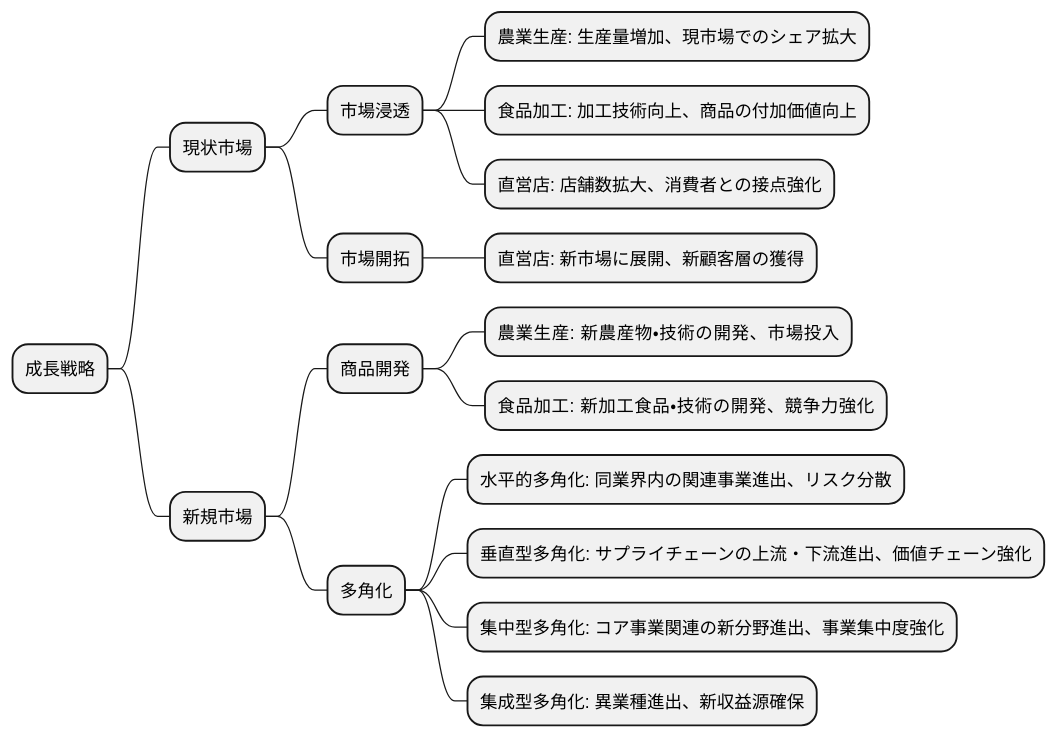
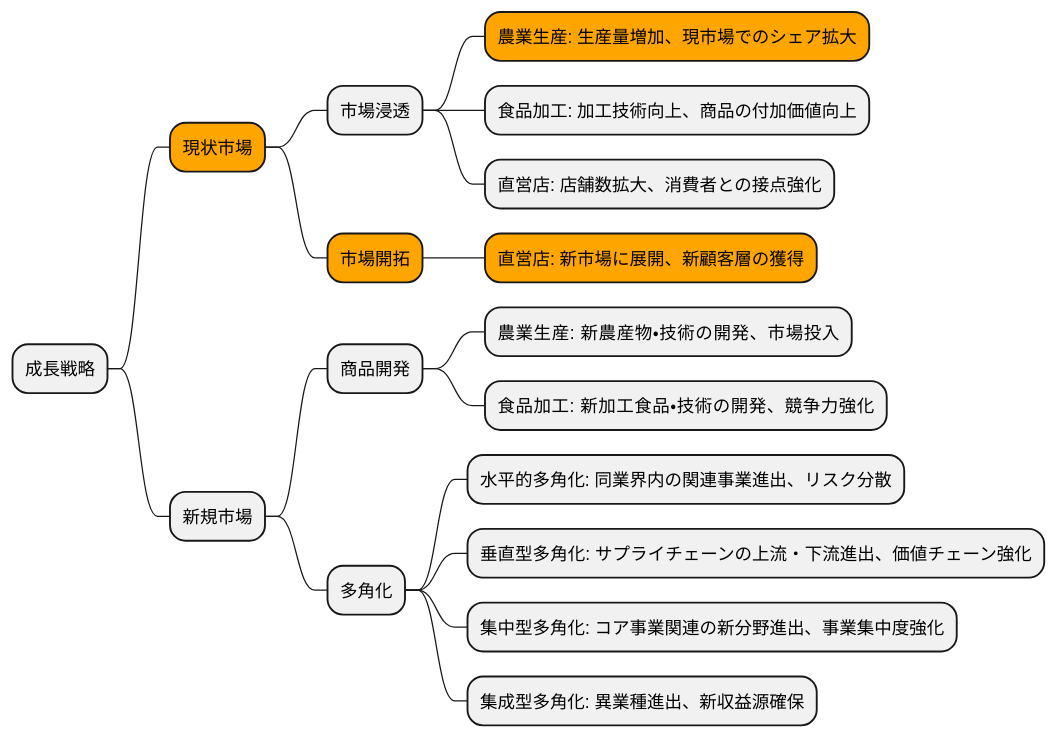
The fifth of 15 diagrams in docs/case/r04_case_1.adoc (k2works/case-sutudy-business-analysis), drawn with PlantUML before and after one commit. The commit also changed other lines of this file, not shown here.

```diff
--- a/docs/case/r04_case_1.adoc
+++ b/docs/case/r04_case_1.adoc
@@ -263,22 +268,22 @@
 [plantuml]
 ----
 @startmindmap
 * 成長戦略
-** 現状市場
+**[#orange] 現状市場
 *** 市場浸透
-**** 農業生産: 生産量増加、現市場でのシェア拡大
+****[#orange] 農業生産: 生産量増加、現市場でのシェア拡大
 **** 食品加工: 加工技術向上、商品の付加価値向上
 **** 直営店: 店舗数拡大、消費者との接点強化
-*** 市場開拓
-**** 直営店: 新市場に展開、新顧客層の獲得
+***[#orange] 市場開拓
+****[#orange] 直営店: 新市場に展開、新顧客層の獲得
 ** 新規市場
 *** 商品開発
 **** 農業生産: 新農産物・技術の開発、市場投入
 **** 食品加工: 新加工食品・技術の開発、競争力強化
 *** 多角化
 **** 水平的多角化: 同業界内の関連事業進出、リスク分散
 **** 垂直型多角化: サプライチェーンの上流・下流進出、価値チェーン強化
 **** 集中型多角化: コア事業関連の新分野進出、事業集中度強化
 **** 集成型多角化: 異業種進出、新収益源確保
 @endmindmap
 ----
```
